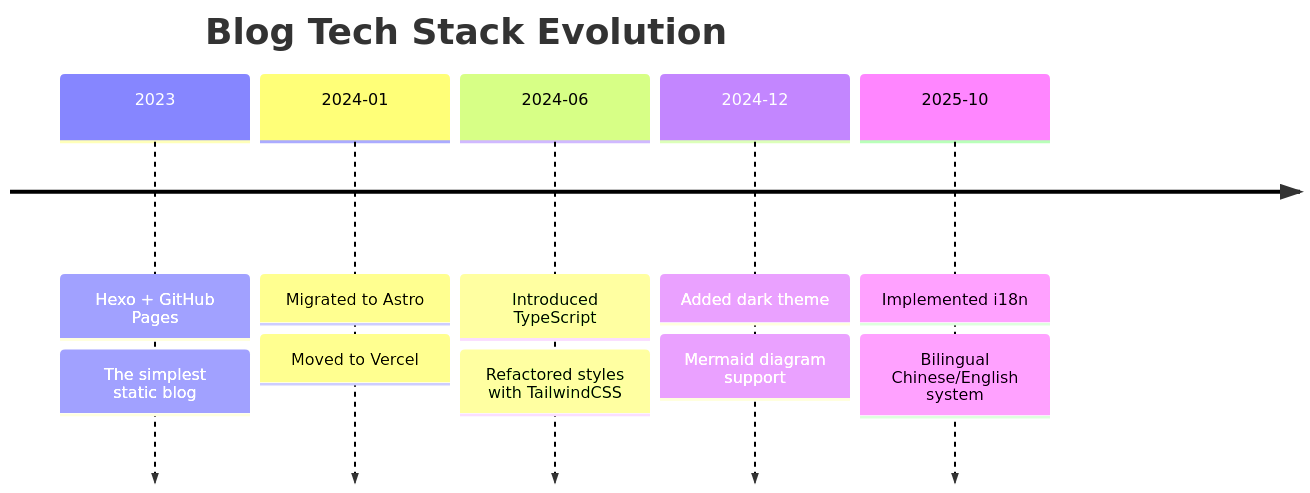
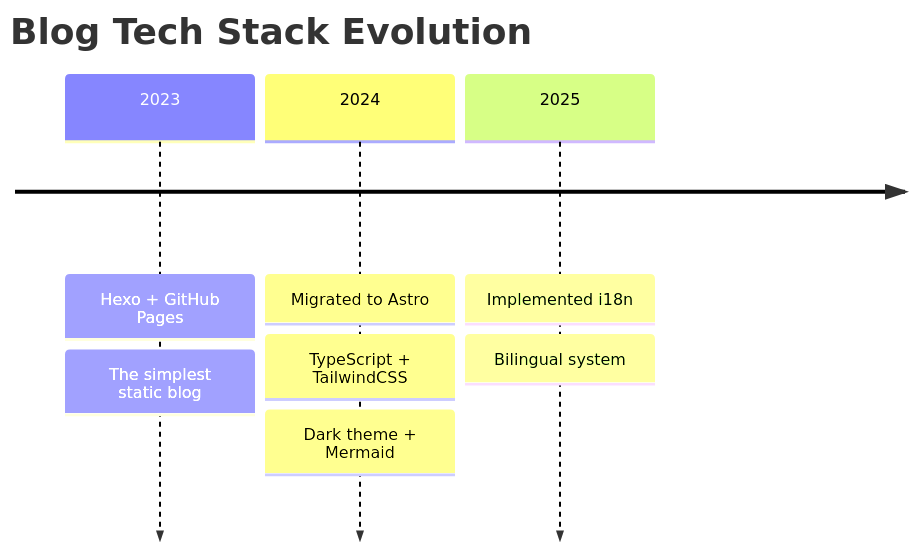
Before and after one commit to gaezon/AstroPaper-blog: the diagram in src/pages/en/milestones.md, drawn with Mermaid. The commit also changed 2 other files, not shown here.

Commit message:
refactor(milestones): simplify timeline and improve mermaid theme
- Simplify timeline to 3 key stages (2023, 2024, 2025)
- Refine mermaid color scheme for better readability
- Use subtle background colors for boxes
- Keep accent colors for borders and lines
- Ensure high contrast for text visibility
- Make theme consistent across all mermaid diagrams

````diff
--- a/src/pages/en/milestones.md
+++ b/src/pages/en/milestones.md
@@ -15,14 +15,11 @@
 ```mermaid
 timeline
     title Blog Tech Stack Evolution
     2023 : Hexo + GitHub Pages
          : The simplest static blog
-    2024-01 : Migrated to Astro
-            : Moved to Vercel
-    2024-06 : Introduced TypeScript
-            : Refactored styles with TailwindCSS
-    2024-12 : Added dark theme
-            : Mermaid diagram support
-    2025-10 : Implemented i18n
-            : Bilingual Chinese/English system
+    2024 : Migrated to Astro
+         : TypeScript + TailwindCSS
+         : Dark theme + Mermaid
+    2025 : Implemented i18n
+         : Bilingual system
 ```
````
